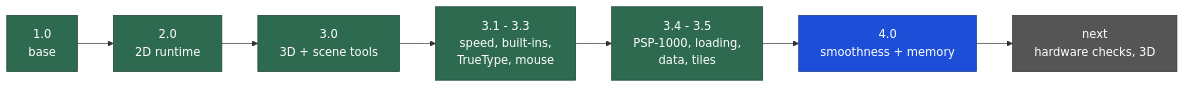
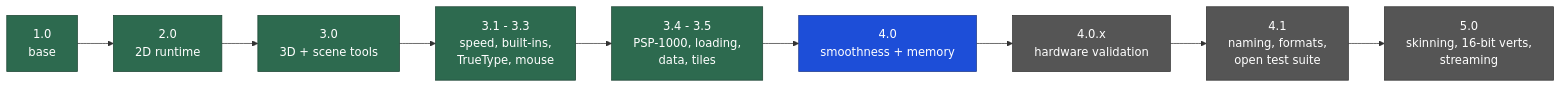
One commit to surelynotvain/vcpe changed the diagram in README.md. Above: the diagram before and after it, drawn with Mermaid. The commit also changed other lines of this file and 3 other files, not shown here.

Commit message:
README roadmap, AI policy, contributing guide, license 1.1

````diff
--- a/README.md
+++ b/README.md
@@ -10,12 +10,13 @@
 ```mermaid
 flowchart LR
     V1["1.0<br/>base"] --> V2["2.0<br/>2D runtime"] --> V3["3.0<br/>3D + scene tools"]
     V3 --> V33["3.1 - 3.3<br/>speed, built-ins,<br/>TrueType, mouse"] --> V35["3.4 - 3.5<br/>PSP-1000, loading,<br/>data, tiles"]
-    V35 --> V40["4.0<br/>smoothness + memory"] --> NEXT["next<br/>hardware checks, 3D"]
+    V35 --> V40["4.0<br/>smoothness + memory"] --> V40X["4.0.x<br/>hardware validation"]
+    V40X --> V41["4.1<br/>naming, formats,<br/>open test suite"] --> V5["5.0<br/>skinning, 16-bit verts,<br/>streaming"]
     classDef pub fill:#2d6a4f,color:#fff,stroke:#1b4332
     classDef cur fill:#1d4ed8,color:#fff,stroke:#1e3a8a
     classDef plan fill:#555,color:#fff,stroke:#333
     class V1,V2,V3,V33,V35 pub
     class V40 cur
-    class NEXT plan
+    class V40X,V41,V5 plan
 ```
````
